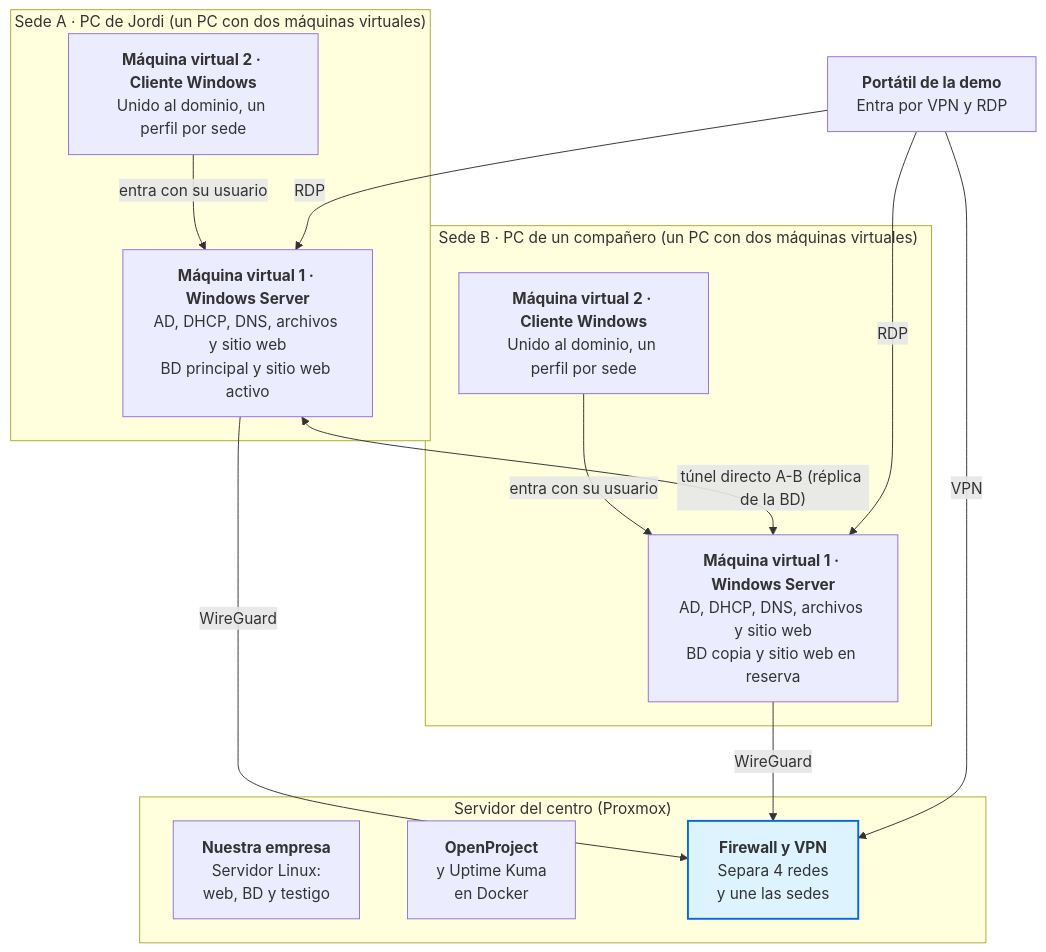
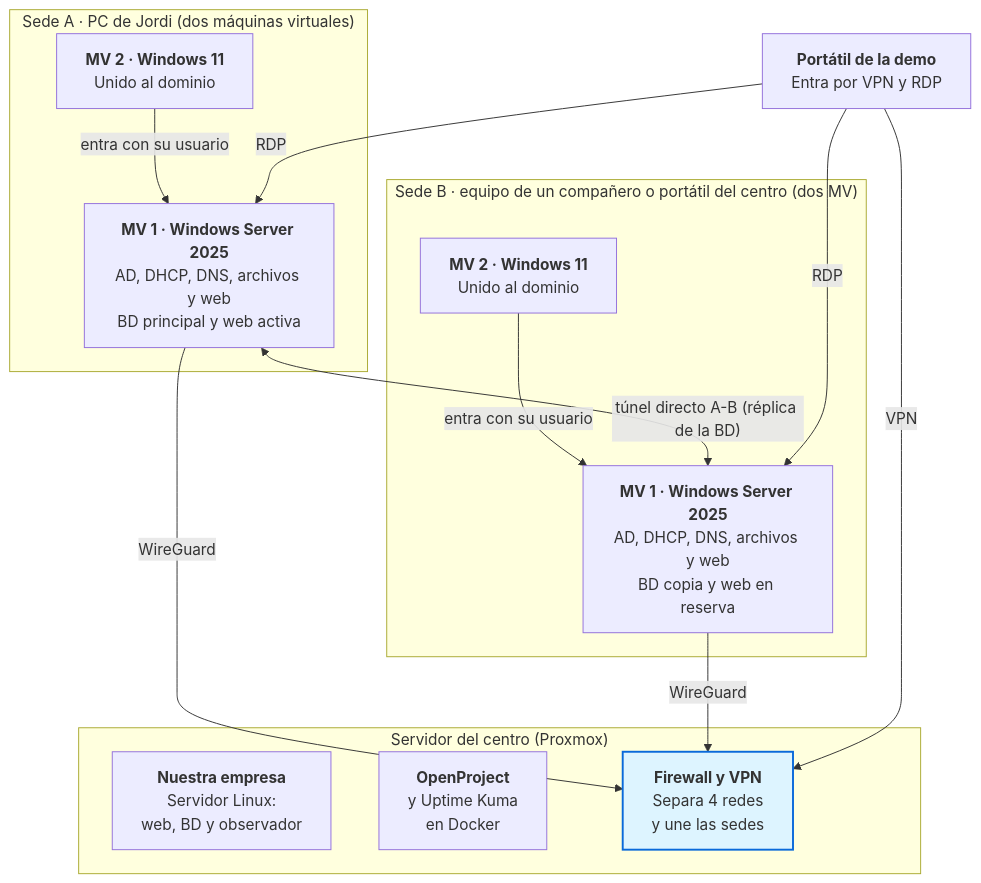
Before and after one commit to Wafo00/Proyecto_ASIR: the diagram in README.md, drawn with Mermaid. The commit also changed other lines of this file and 9 other files, not shown here.

````diff
--- a/README.md
+++ b/README.md
@@ -140,31 +24,31 @@
 ```mermaid
 flowchart TB
     PORT["<b>Portátil de la demo</b><br/>Entra por VPN y RDP"]
 
     subgraph CENTRO["Servidor del centro (Proxmox)"]
-        EMP["<b>Nuestra empresa</b><br/>Servidor Linux:<br/>web, BD y testigo"]
+        EMP["<b>Nuestra empresa</b><br/>Servidor Linux:<br/>web, BD y observador"]
         OPK["<b>OpenProject</b><br/>y Uptime Kuma<br/>en Docker"]
         FW["<b>Firewall y VPN</b><br/>Separa 4 redes<br/>y une las sedes"]
     end
 
-    subgraph SEDEA["Sede A · PC de Jordi (un PC con dos máquinas virtuales)"]
-        SA["<b>Máquina virtual 1 · Windows Server</b><br/>AD, DHCP, DNS, archivos y sitio web<br/>BD principal y sitio web activo"]
-        CA["<b>Máquina virtual 2 · Cliente Windows</b><br/>Unido al dominio, un perfil por sede"]
+    subgraph SEDEA["Sede A · PC de Jordi (dos máquinas virtuales)"]
+        SA["<b>MV 1 · Windows Server 2025</b><br/>AD, DHCP, DNS, archivos y web<br/>BD principal y web activa"]
+        CA["<b>MV 2 · Windows 11</b><br/>Unido al dominio"]
         CA -->|"entra con su usuario"| SA
     end
 
-    subgraph SEDEB["Sede B · PC de un compañero (un PC con dos máquinas virtuales)"]
-        SB["<b>Máquina virtual 1 · Windows Server</b><br/>AD, DHCP, DNS, archivos y sitio web<br/>BD copia y sitio web en reserva"]
-        CB["<b>Máquina virtual 2 · Cliente Windows</b><br/>Unido al dominio, un perfil por sede"]
+    subgraph SEDEB["Sede B · equipo de un compañero o portátil del centro (dos MV)"]
+        SB["<b>MV 1 · Windows Server 2025</b><br/>AD, DHCP, DNS, archivos y web<br/>BD copia y web en reserva"]
+        CB["<b>MV 2 · Windows 11</b><br/>Unido al dominio"]
         CB -->|"entra con su usuario"| SB
     end
 
     SA -->|"WireGuard"| FW
     SB -->|"WireGuard"| FW
     SA <-->|"túnel directo A-B (réplica de la BD)"| SB
     PORT -->|"VPN"| FW
     PORT -->|"RDP"| SA
     PORT -->|"RDP"| SB
 
     style FW fill:#ddf4ff,stroke:#0969da,stroke-width:2px
 ```
````
